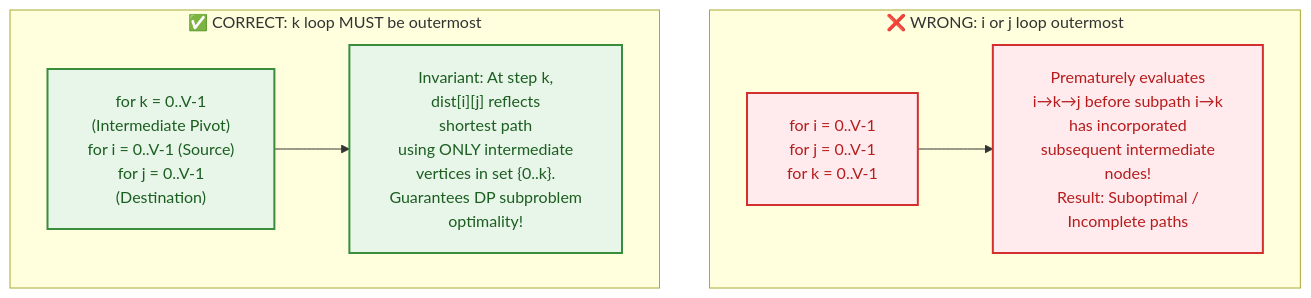
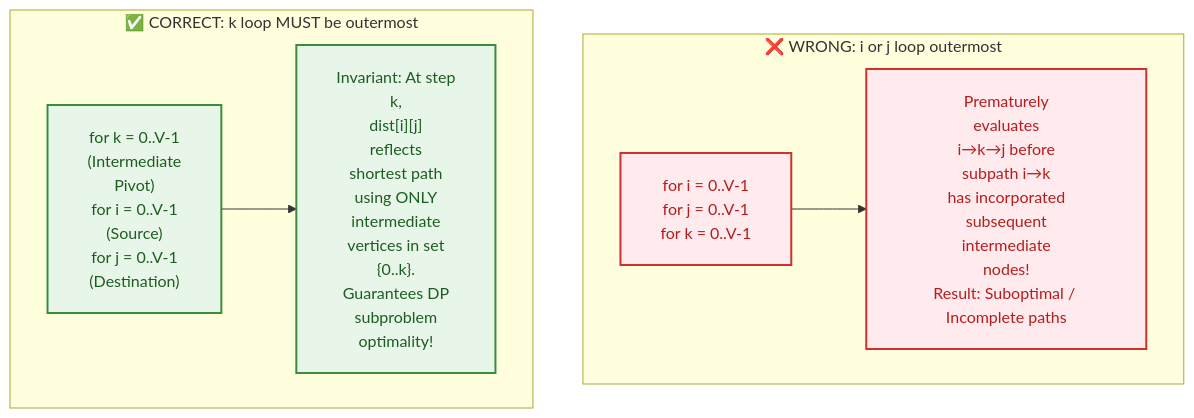
Before and after one commit to dip4k/DSA_102: the ninth of 15 diagrams in week_09_graph_algorithms_i/Week_09_Visual_Concepts_Playbook_HYBRID.md, drawn with Mermaid. The commit also changed other lines of this file and 106 other files, not shown here.

First line of the commit message:
fix(mermaid): prevent text clipping with foreignObject overflow and tighter line wrapping

````diff
--- a/week_09_graph_algorithms_i/Week_09_Visual_Concepts_Playbook_HYBRID.md
+++ b/week_09_graph_algorithms_i/Week_09_Visual_Concepts_Playbook_HYBRID.md
@@ -330,18 +330,18 @@
 ```mermaid
-%%{init: {"flowchart": {"htmlLabels": true, "padding": 20}}}%%
+%%{init: {"flowchart": {"htmlLabels": true, "padding": 20}, "themeCSS": "foreignObject { overflow: visible !important; }"}}%%
 flowchart TD
     classDef bad fill:#ffebee,stroke:#d32f2f,color:#b71c1c,stroke-width:2px;
     classDef good fill:#e8f5e9,stroke:#388e3c,color:#1b5e20,stroke-width:2px;
 
     subgraph Wrong["❌ WRONG: i or j loop outermost"]
         W1["for i = 0..V-1<br/>for j = 0..V-1<br/>for k = 0..V-1"]:::bad
-        W2["Prematurely evaluates<br/>i→k→j before subpath i→k<br/>has incorporated<br/>subsequent intermediate<br/>nodes!<br/>Result: Suboptimal /<br/>Incomplete paths"]:::bad
+        W2["Prematurely<br/>evaluates<br/>i→k→j before<br/>subpath i→k<br/>has incorporated<br/>subsequent<br/>intermediate<br/>nodes!<br/>Result: Suboptimal / Incomplete paths"]:::bad
         W1 --> W2
     end
 
     subgraph Correct["✅ CORRECT: k loop MUST be outermost"]
-        C1["for k = 0..V-1<br/>(Intermediate Pivot)<br/>for i = 0..V-1 (Source)<br/>for j = 0..V-1<br/>(Destination)"]:::good
-        C2["Invariant: At step k,<br/>dist[i][j] reflects<br/>shortest path<br/>using ONLY intermediate<br/>vertices in set {0..k}.<br/>Guarantees DP subproblem<br/>optimality!"]:::good
+        C1["for k = 0..V-1<br/>(Intermediate<br/>Pivot)<br/>for i = 0..V-1<br/>(Source)<br/>for j = 0..V-1<br/>(Destination)"]:::good
+        C2["Invariant: At step<br/>k,<br/>dist[i][j]<br/>reflects<br/>shortest path<br/>using ONLY<br/>intermediate<br/>vertices in set<br/>{0..k}.<br/>Guarantees DP<br/>subproblem<br/>optimality!"]:::good
         C1 --> C2
     end
 ```
````
